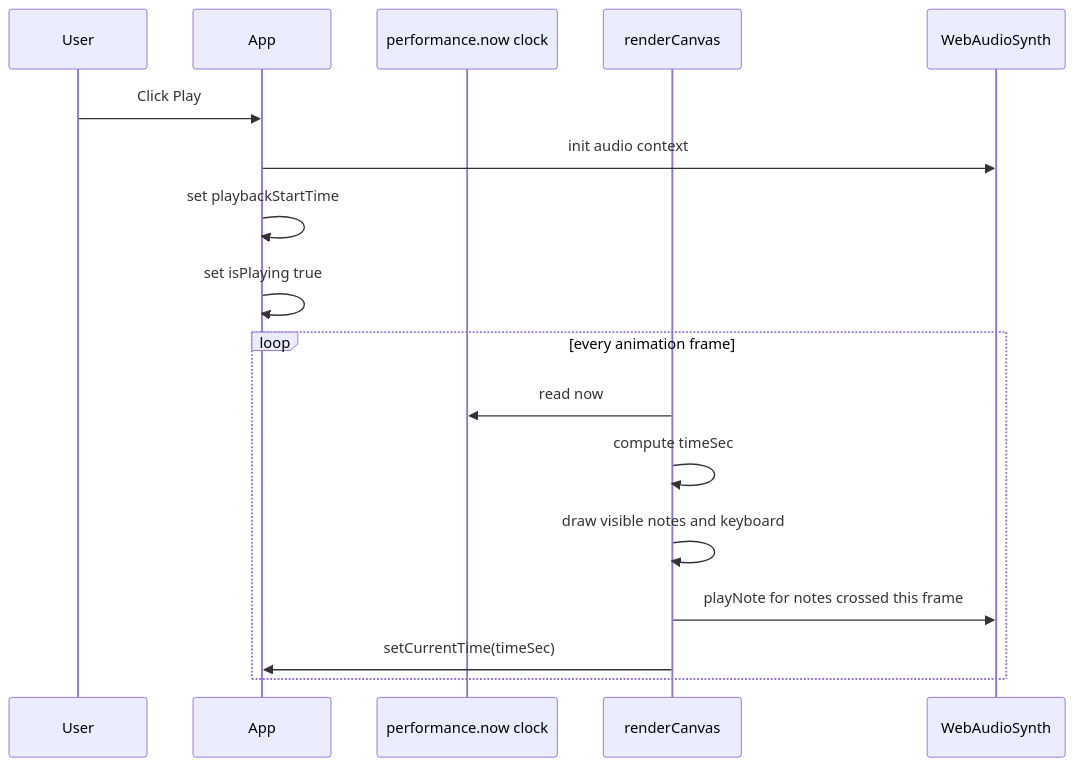
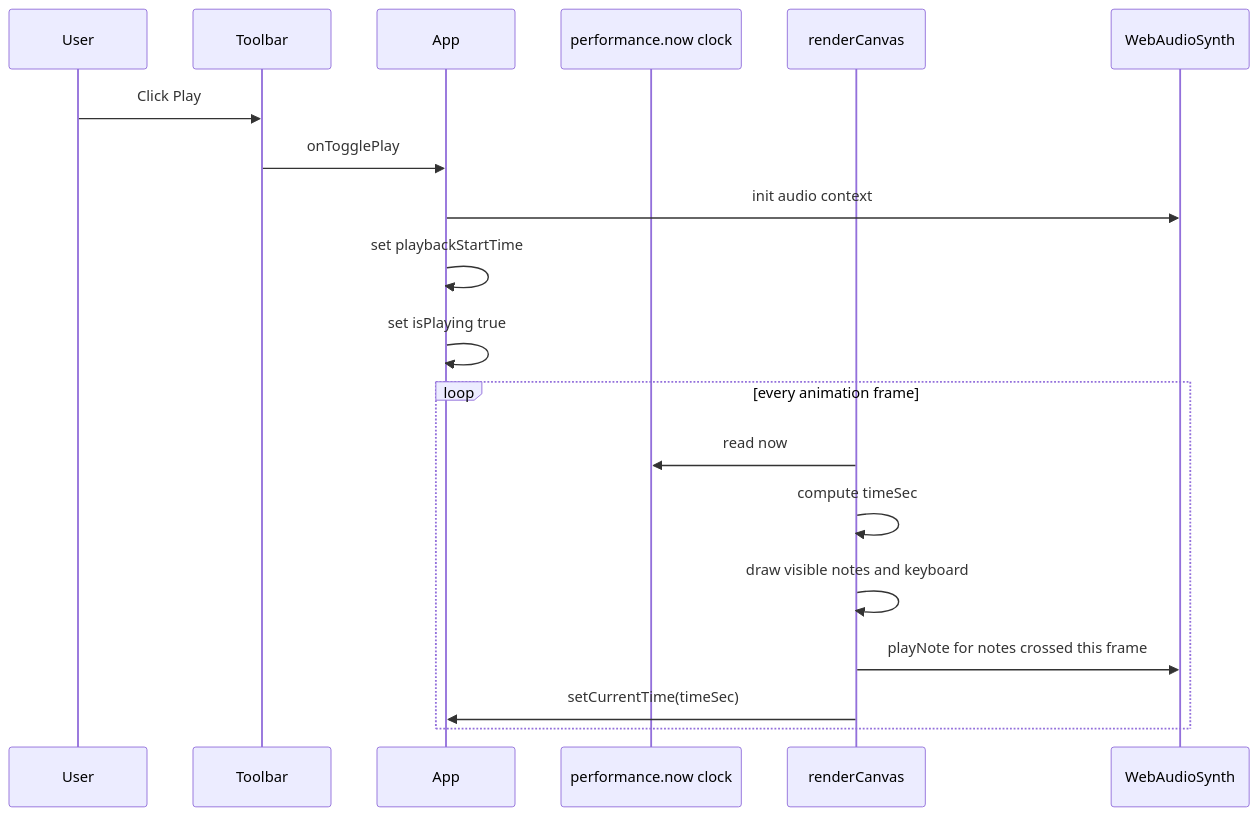
The second of 3 diagrams in AGENTS.md (aadilmallick/midivisualizer), drawn with Mermaid before and after one commit. The commit also changed other lines of this file and 17 other files, not shown here.

````diff
--- a/AGENTS.md
+++ b/AGENTS.md
@@ -173,20 +309,22 @@
 ```mermaid
 sequenceDiagram
     participant User
+    participant Toolbar
     participant App
     participant Clock as performance.now clock
     participant Canvas as renderCanvas
     participant Synth as WebAudioSynth
 
-    User->>App: Click Play
+    User->>Toolbar: Click Play
+    Toolbar->>App: onTogglePlay
     App->>Synth: init audio context
     App->>App: set playbackStartTime
     App->>App: set isPlaying true
     loop every animation frame
         Canvas->>Clock: read now
         Canvas->>Canvas: compute timeSec
         Canvas->>Canvas: draw visible notes and keyboard
         Canvas->>Synth: playNote for notes crossed this frame
         Canvas->>App: setCurrentTime(timeSec)
     end
 ```
````
